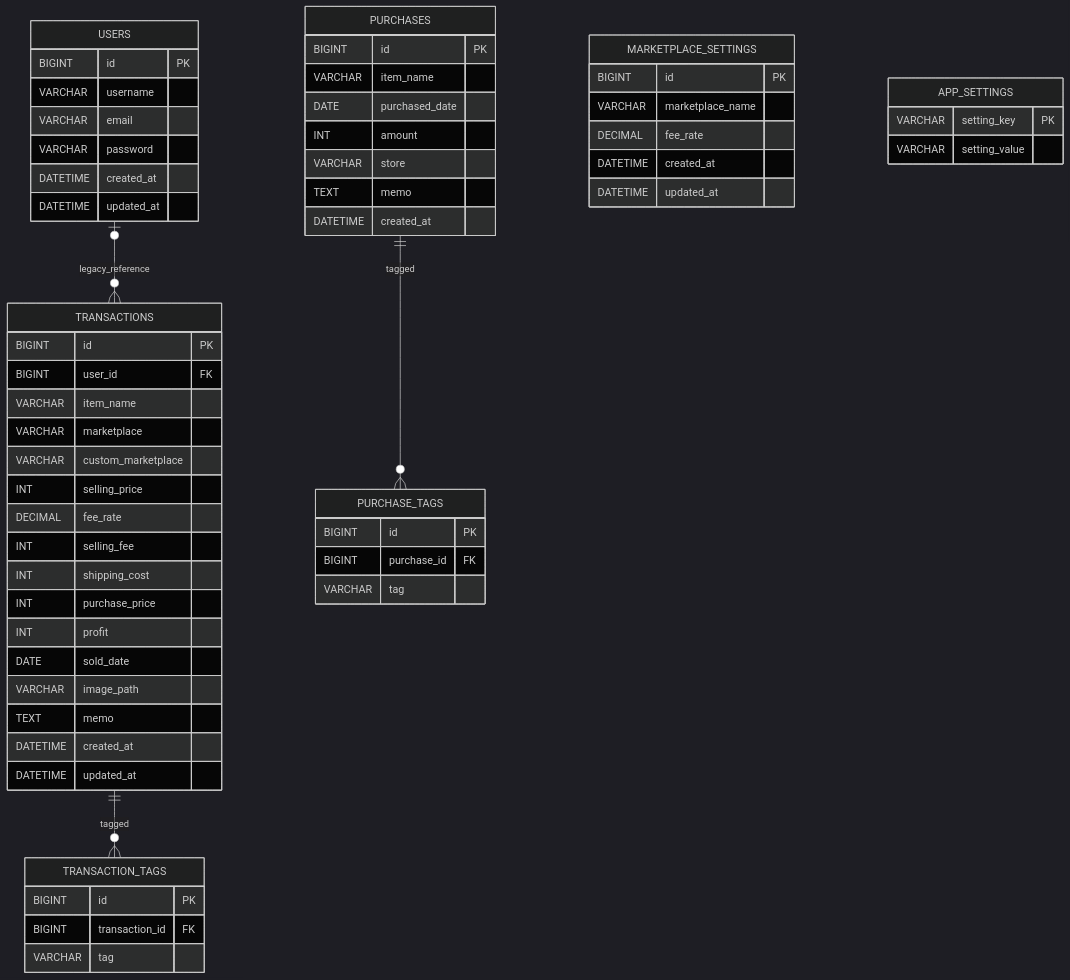
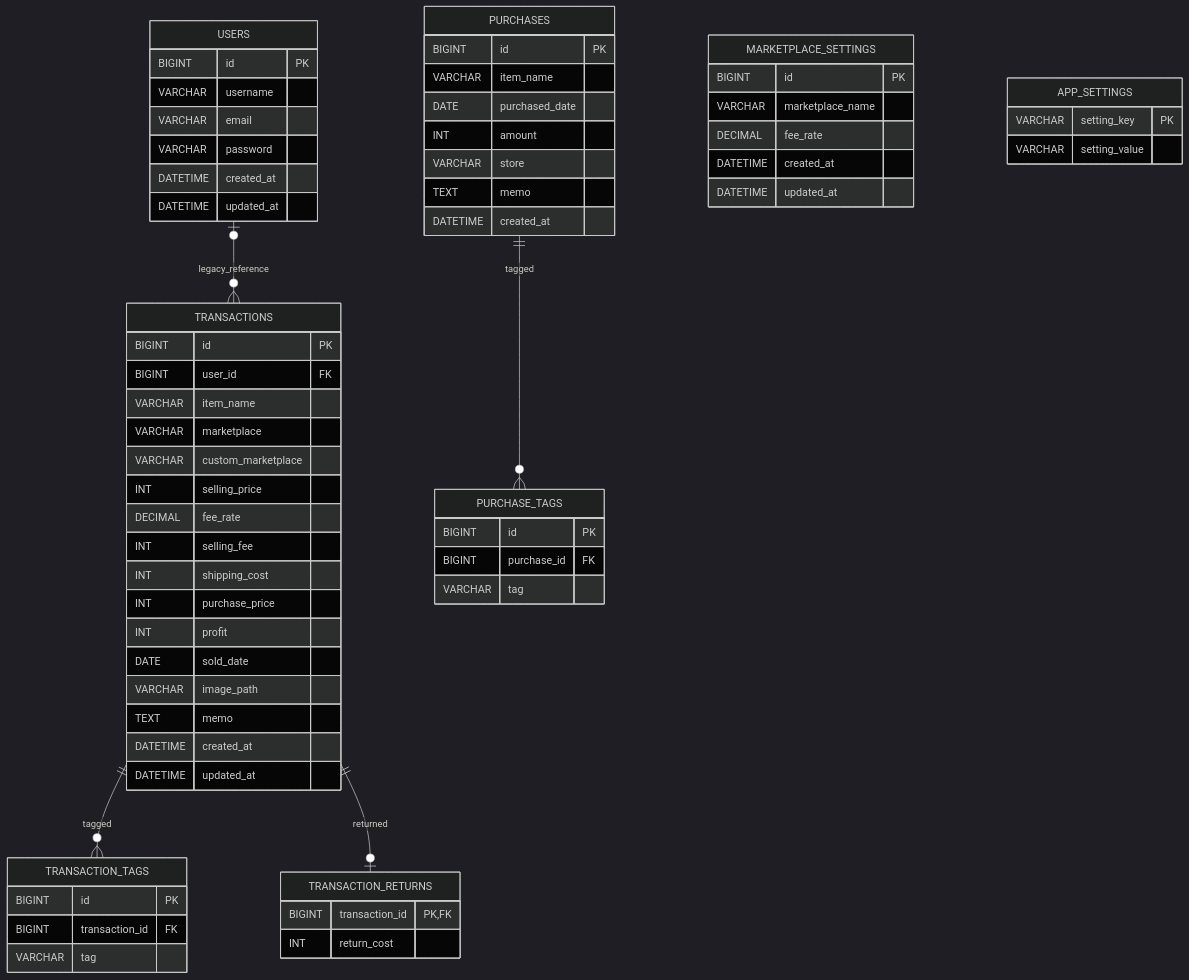
One commit to YutaK1014/Web changed the diagram in 03_er_design.md. Above: the diagram before and after it, drawn with Mermaid (dark theme). The commit also changed 20 other files, not shown here.

````diff
--- a/03_er_design.md
+++ b/03_er_design.md
@@ -7,69 +7,75 @@
 ```mermaid
 erDiagram
     USERS |o--o{ TRANSACTIONS : legacy_reference
     TRANSACTIONS ||--o{ TRANSACTION_TAGS : tagged
+    TRANSACTIONS ||--o| TRANSACTION_RETURNS : returned
     PURCHASES ||--o{ PURCHASE_TAGS : tagged
+
+    TRANSACTION_RETURNS {
+        BIGINT transaction_id PK,FK
+        INT return_cost
+    }
 
     TRANSACTION_TAGS {
         BIGINT id PK
         BIGINT transaction_id FK
         VARCHAR tag
     }
 
     PURCHASE_TAGS {
         BIGINT id PK
         BIGINT purchase_id FK
         VARCHAR tag
     }
 
     USERS {
         BIGINT id PK
         VARCHAR username
         VARCHAR email
         VARCHAR password
         DATETIME created_at
         DATETIME updated_at
     }
 
     TRANSACTIONS {
         BIGINT id PK
         BIGINT user_id FK
         VARCHAR item_name
         VARCHAR marketplace
         VARCHAR custom_marketplace
         INT selling_price
         DECIMAL fee_rate
         INT selling_fee
         INT shipping_cost
         INT purchase_price
         INT profit
         DATE sold_date
         VARCHAR image_path
         TEXT memo
         DATETIME created_at
         DATETIME updated_at
     }
 
     MARKETPLACE_SETTINGS {
         BIGINT id PK
         VARCHAR marketplace_name
         DECIMAL fee_rate
         DATETIME created_at
         DATETIME updated_at
     }
 
     APP_SETTINGS {
         VARCHAR setting_key PK
         VARCHAR setting_value
     }
 
     PURCHASES {
         BIGINT id PK
         VARCHAR item_name
         DATE purchased_date
         INT amount
         VARCHAR store
         TEXT memo
         DATETIME created_at
     }
 ```
````
